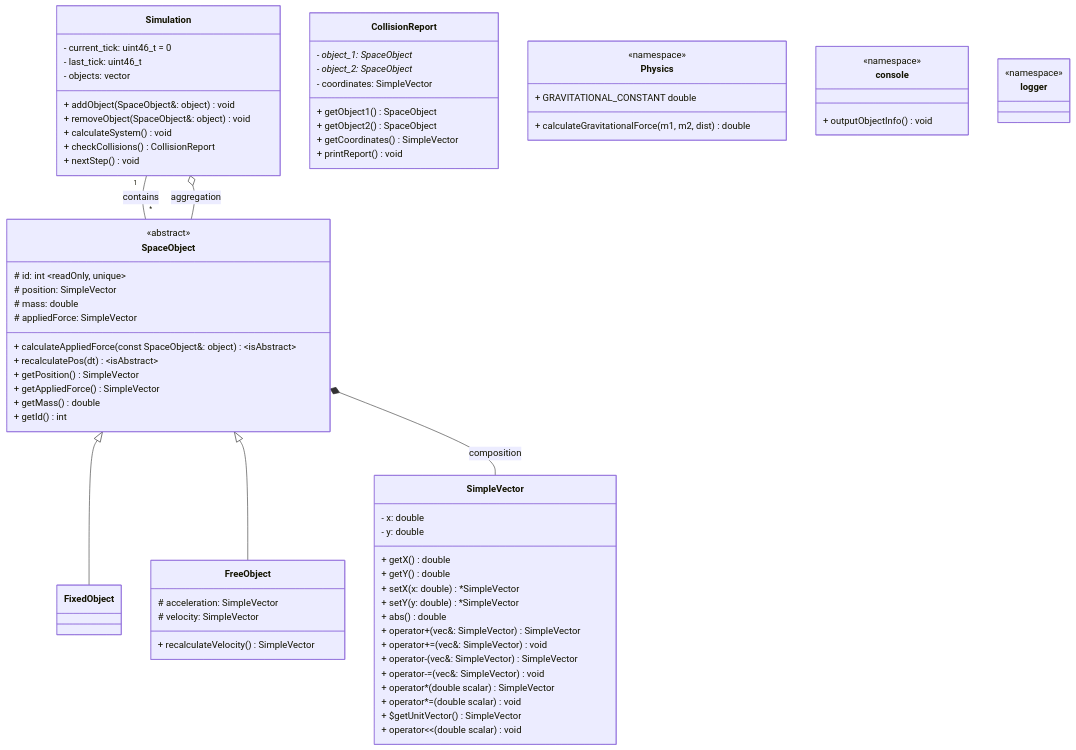
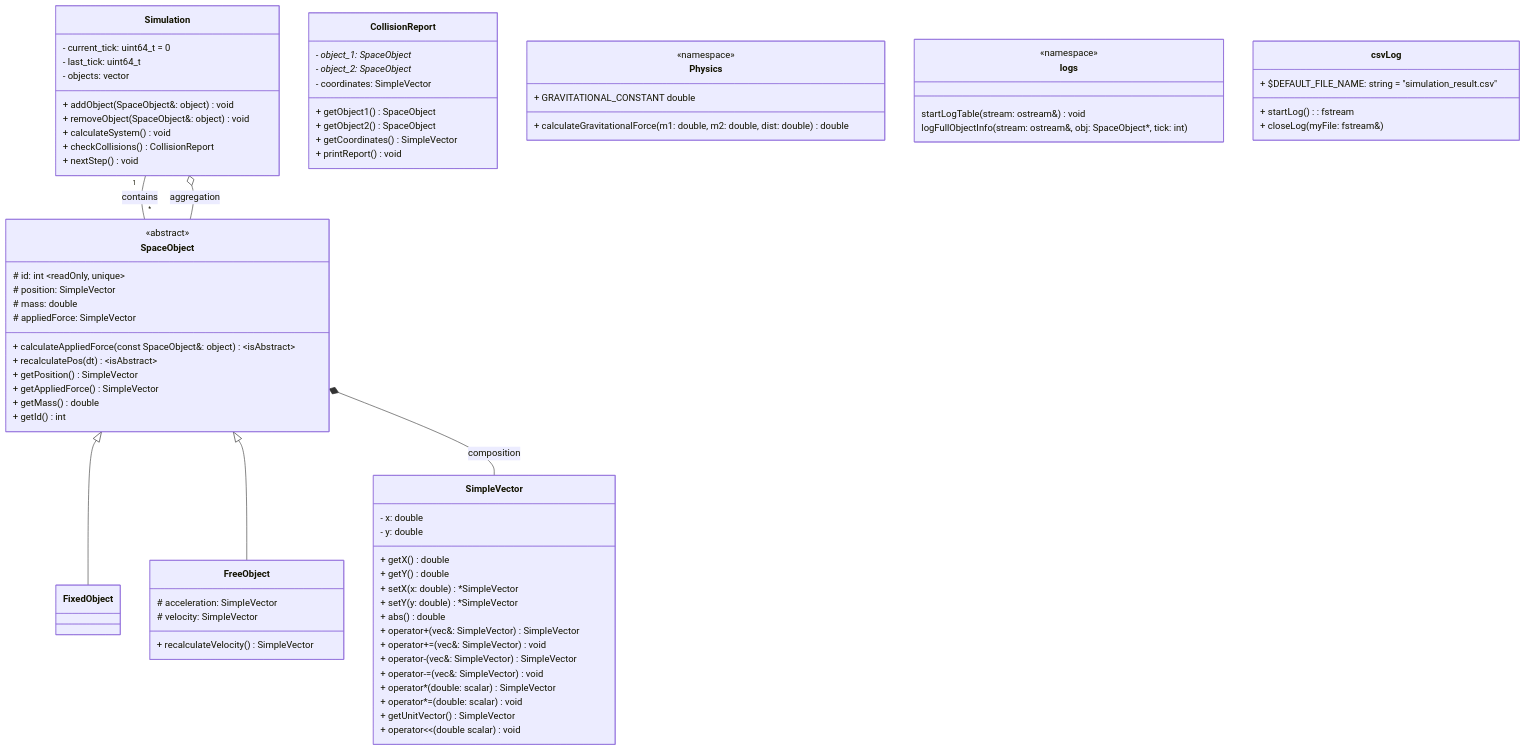
One commit to kotenko-o/simple-orbit-simulator changed the diagram in docs/classDiagram.mmd. Above: the diagram before and after it, drawn with Mermaid. The commit also changed 1 other file, not shown here.

Commit message:
docs: update logger

```diff
--- a/docs/classDiagram.mmd
+++ b/docs/classDiagram.mmd
@@ -1,86 +1,89 @@
 classDiagram
 
     SpaceObject <|-- FixedObject
     SpaceObject <|-- FreeObject
     Simulation "1" -- "*" SpaceObject : contains
 
     SpaceObject *-- SimpleVector : composition
     Simulation o-- SpaceObject : aggregation
     
     class Simulation {
-        - current_tick: uint46_t = 0
-        - last_tick: uint46_t
+        - current_tick: uint64_t = 0
+        - last_tick: uint64_t
         - objects: vector<SpaceObject*>
         + addObject(SpaceObject&: object) void
         + removeObject(SpaceObject&: object) void
         + calculateSystem() void
         + checkCollisions() CollisionReport
         + nextStep() void
     }
 
     class SpaceObject {
         <<abstract>>
         # id: int ~readOnly, unique~
         # position: SimpleVector
         # mass: double
         # appliedForce: SimpleVector
         + calculateAppliedForce(const SpaceObject&: object) ~isAbstract~
         + recalculatePos(dt) ~isAbstract~
         + getPosition() SimpleVector
         + getAppliedForce() SimpleVector 
         + getMass() double
         + getId() int
     }
 
     class FixedObject {
         
     }
 
     class FreeObject {
         # acceleration: SimpleVector
         # velocity: SimpleVector
         + recalculateVelocity() SimpleVector
     }
 
     class SimpleVector {
         - x: double
         - y: double
         + getX() double
         + getY() double
         + setX(x: double) *SimpleVector
         + setY(y: double) *SimpleVector
         + abs() double
         + operator+(vec&: SimpleVector) SimpleVector
         + operator+=(vec&: SimpleVector) void
         + operator-(vec&: SimpleVector) SimpleVector
         + operator-=(vec&: SimpleVector) void
-        + operator*(double scalar) SimpleVector
-        + operator*=(double scalar) void
-        + $getUnitVector() SimpleVector
+        + operator*(double: scalar) SimpleVector
+        + operator*=(double: scalar) void
+        + getUnitVector() SimpleVector
         + operator<<(double scalar) void
     }
 
     class CollisionReport {
         - object_1: SpaceObject*
         - object_2: SpaceObject*
         - coordinates: SimpleVector
         + getObject1() SpaceObject
         + getObject2() SpaceObject
         + getCoordinates() SimpleVector
         + printReport() void
     }
 
     class Physics {
         <<namespace>>
         + GRAVITATIONAL_CONSTANT double
-        + calculateGravitationalForce(m1, m2, dist) double
+        + calculateGravitationalForce(m1: double, m2: double, dist: double) double
     }
 
-    class console {
+    class logs {
         <<namespace>>
-        + outputObjectInfo() void
+        startLogTable(stream: ostream&) void
+        logFullObjectInfo(stream: ostream&, obj: SpaceObject*, tick: int)
     }
 
-    class logger {
-        <<namespace>>
+    class csvLog {
+        + $DEFAULT_FILE_NAME: string = "simulation_result.csv"
+        + startLog(): fstream
+        + closeLog(myFile: fstream&)
     }
```
